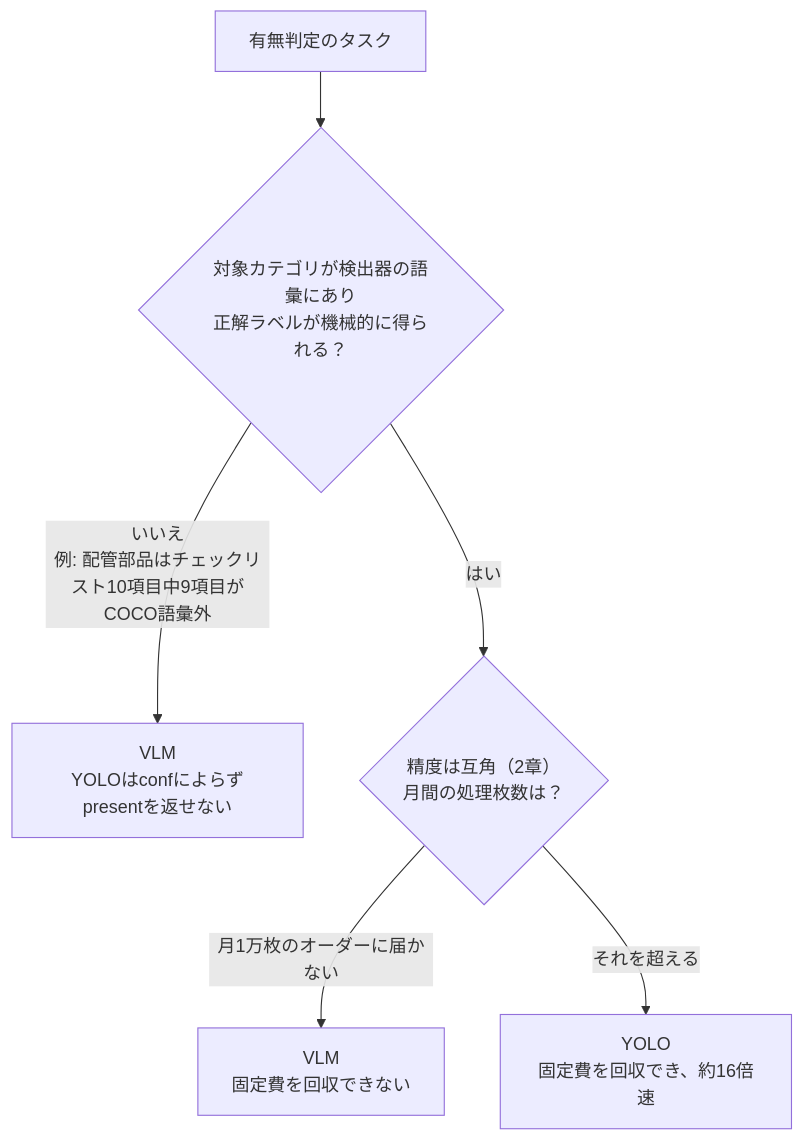
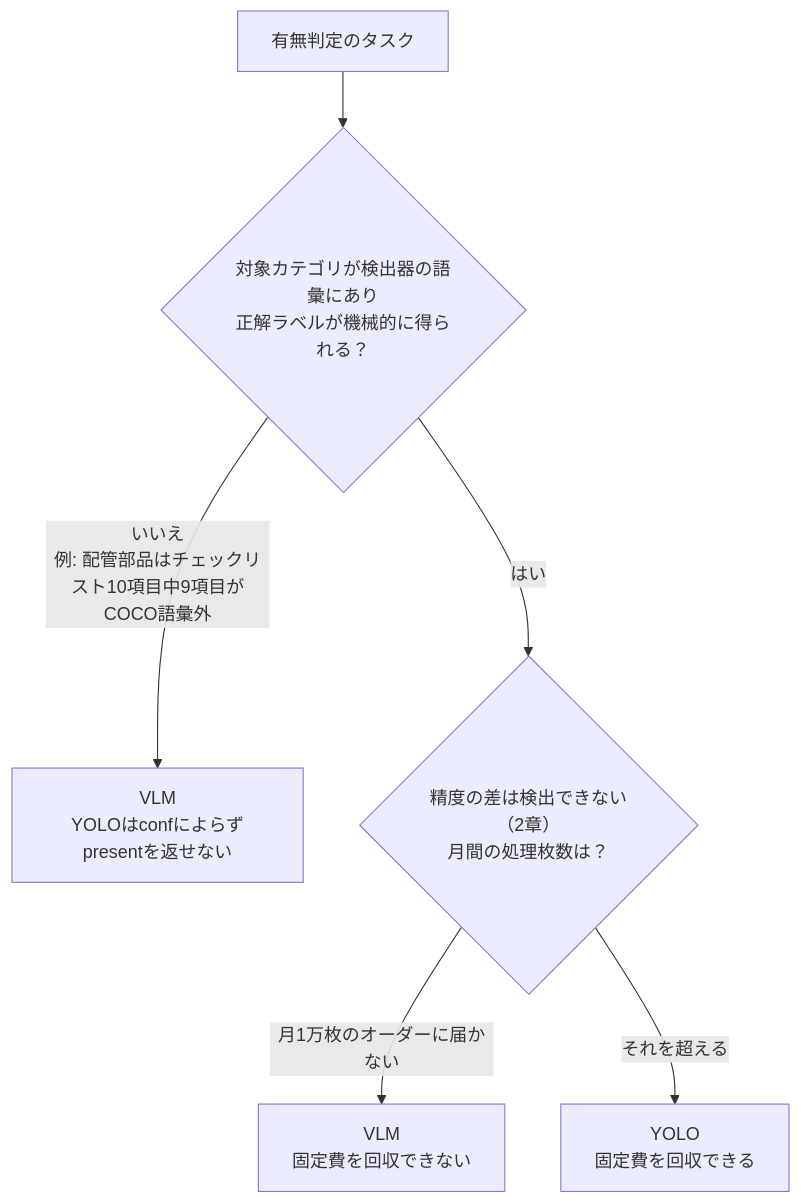
One commit to yuya0408/zenn-content changed the third of 3 diagrams in articles/yolo-vs-vlm-evaluation-pitfall.md. Above: the diagram before and after it, drawn with Mermaid. The commit also changed other lines of this file and 1 other file, not shown here.

First line of the commit message:
Align yolo-vs-vlm article wording with the vlm-vs-yolo README

````diff
--- a/articles/yolo-vs-vlm-evaluation-pitfall.md
+++ b/articles/yolo-vs-vlm-evaluation-pitfall.md
@@ -398,8 +398,8 @@
 ```mermaid
 flowchart TD
     S[有無判定のタスク] --> Q1{対象カテゴリが検出器の語彙にあり<br/>正解ラベルが機械的に得られる？}
     Q1 -->|いいえ<br/>例: 配管部品はチェックリスト10項目中9項目がCOCO語彙外| V["VLM<br/>YOLOはconfによらずpresentを返せない"]
-    Q1 -->|はい| Q2{"精度は互角（2章）<br/>月間の処理枚数は？"}
+    Q1 -->|はい| Q2{"精度の差は検出できない（2章）<br/>月間の処理枚数は？"}
     Q2 -->|"月1万枚のオーダーに届かない"| V2[VLM<br/>固定費を回収できない]
-    Q2 -->|"それを超える"| Y["YOLO<br/>固定費を回収でき、約16倍速"]
+    Q2 -->|"それを超える"| Y["YOLO<br/>固定費を回収できる"]
 ```
````
